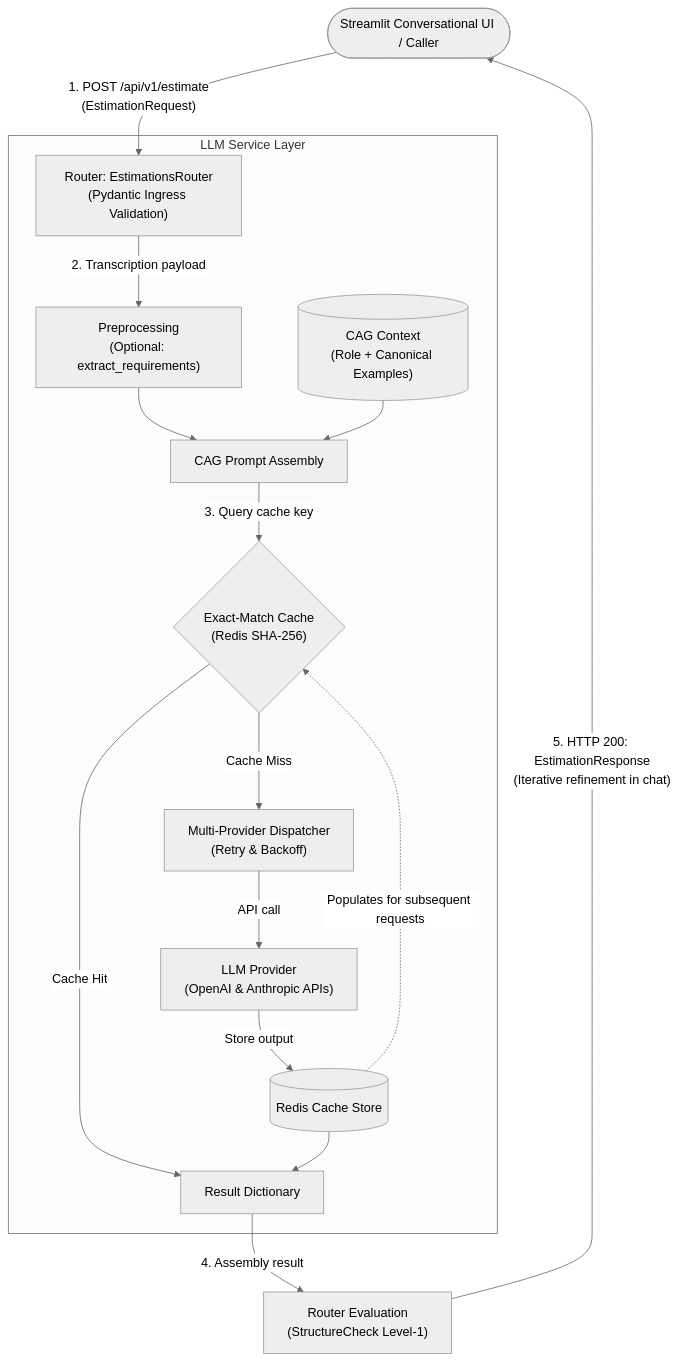
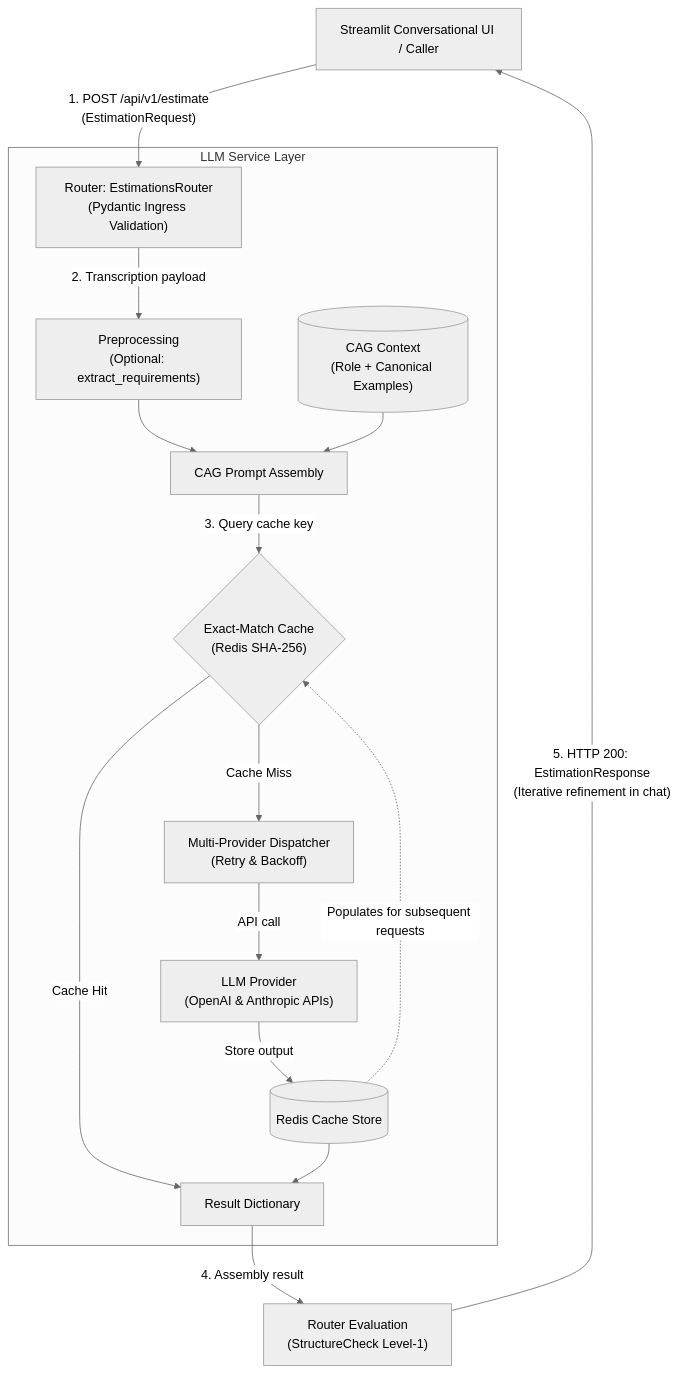
Before and after one commit to NestorDR/aie-estimator: the diagram in README.md, drawn with Mermaid (neutral theme).

Commit message:
Update README: refine service layer diagram and clarify LLM workflow

````diff
--- a/README.md
+++ b/README.md
@@ -28,26 +28,24 @@
 ```mermaid
 flowchart TD
-    Client(["Streamlit Conversational UI / Caller"])
-
-    Client -->|"1. POST /api/v1/estimate\n(EstimationRequest)"| Router["Router: EstimationsRouter\n(Pydantic Ingress Validation)"]
+    Client["Streamlit Conversational UI / Caller"] -->|"1. POST /api/v1/estimate\n(EstimationRequest)"| Router["Router: EstimationsRouter\n(Pydantic Ingress Validation)"]
 
     subgraph ServiceLayer ["LLM Service Layer"]
         Router -->|"2. Transcription payload"| Preprocessing["Preprocessing\n(Optional: extract_requirements)"]
         Preprocessing --> PromptBuilder["CAG Prompt Assembly"]
 
         Context[("CAG Context\n(Role + Canonical Examples)")] --> PromptBuilder
 
         PromptBuilder -->|"3. Query cache key"| CacheCheck{"Exact-Match Cache\n(Redis SHA-256)"}
 
         CacheCheck -->|"Cache Hit"| ServiceOutput["Result Dictionary"]
         CacheCheck -->|"Cache Miss"| Dispatcher["Multi-Provider Dispatcher\n(Retry & Backoff)"]
 
         Dispatcher -->|"API call"| LLMProvider["LLM Provider\n(OpenAI & Anthropic APIs)"]
         LLMProvider -->|"Store output"| CacheStore[("Redis Cache Store")]
         CacheStore -.->|"Populates for subsequent requests"| CacheCheck
         CacheStore --> ServiceOutput
     end
 
     ServiceOutput -->|"4. Assembly result"| Evaluator["Router Evaluation\n(StructureCheck Level-1)"]
     Evaluator -->|"5. HTTP 200: EstimationResponse\n(Iterative refinement in chat)"| Client
 ```
````
